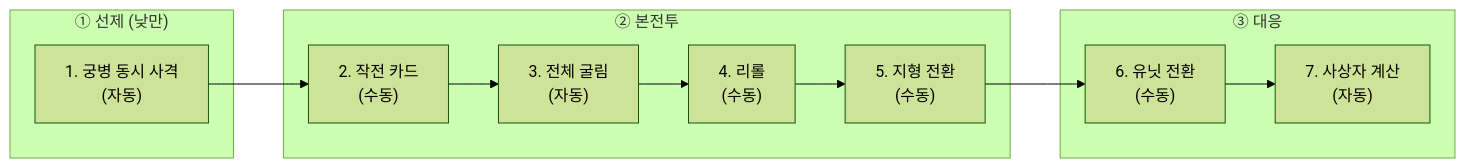
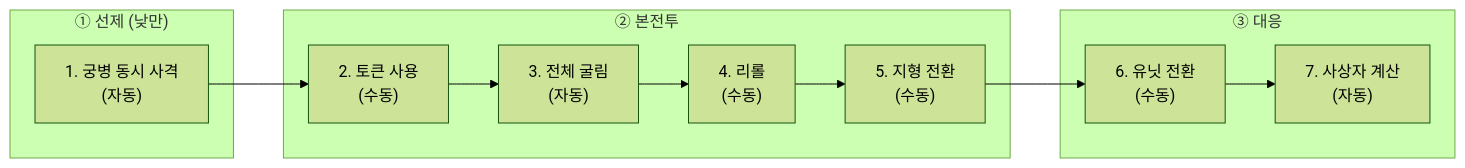
One commit to roam1215-beep/Chronicle-wiki changed the diagram in 02_전투/구조/전투구조.md. Above: the diagram before and after it, drawn with Mermaid (forest theme). The commit also changed other lines of this file, not shown here.

````diff
--- a/02_전투/구조/전투구조.md
+++ b/02_전투/구조/전투구조.md
@@ -132,14 +132,14 @@
 ```mermaid
 flowchart LR
     subgraph "① 선제 (낮만)"
         S1["1. 궁병 동시 사격\n(자동)"]
     end
     subgraph "② 본전투"
-        S2["2. 작전 카드\n(수동)"] --> S3["3. 전체 굴림\n(자동)"] --> S4["4. 리롤\n(수동)"] --> S5["5. 지형 전환\n(수동)"]
+        S2["2. 토큰 사용\n(수동)"] --> S3["3. 전체 굴림\n(자동)"] --> S4["4. 리롤\n(수동)"] --> S5["5. 지형 전환\n(수동)"]
     end
     subgraph "③ 대응"
         S6["6. 유닛 전환\n(수동)"] --> S7["7. 사상자 계산\n(자동)"]
     end
     S1 --> S2
     S5 --> S6
 ```
````
